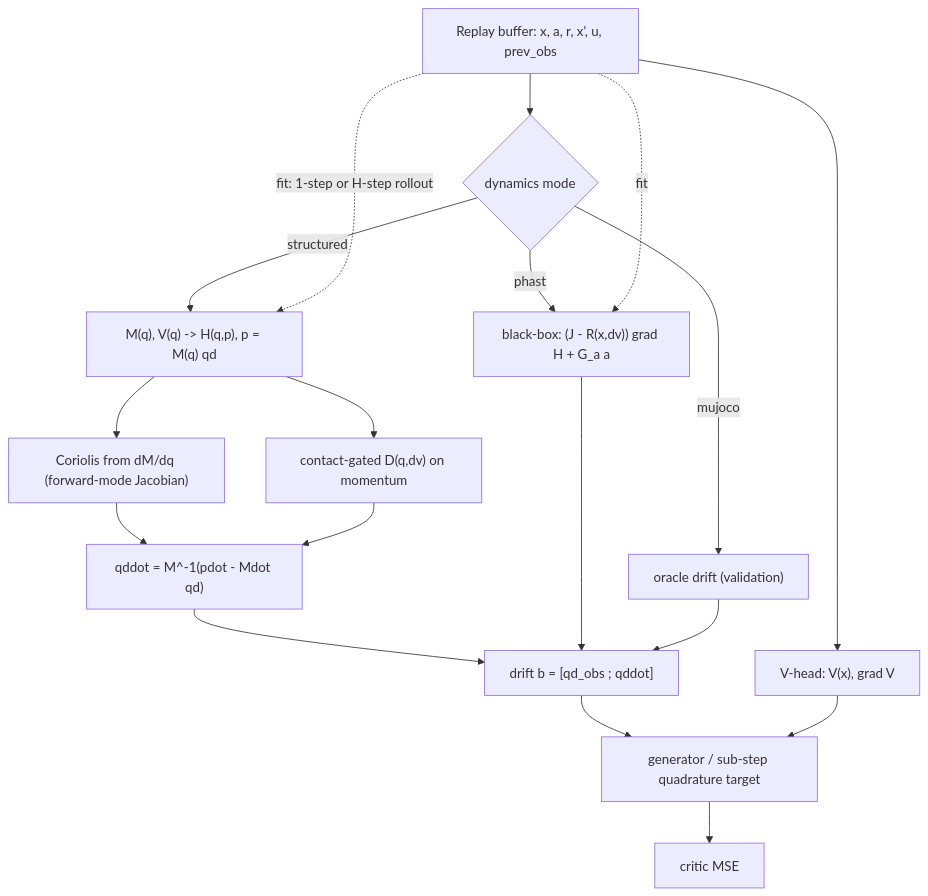
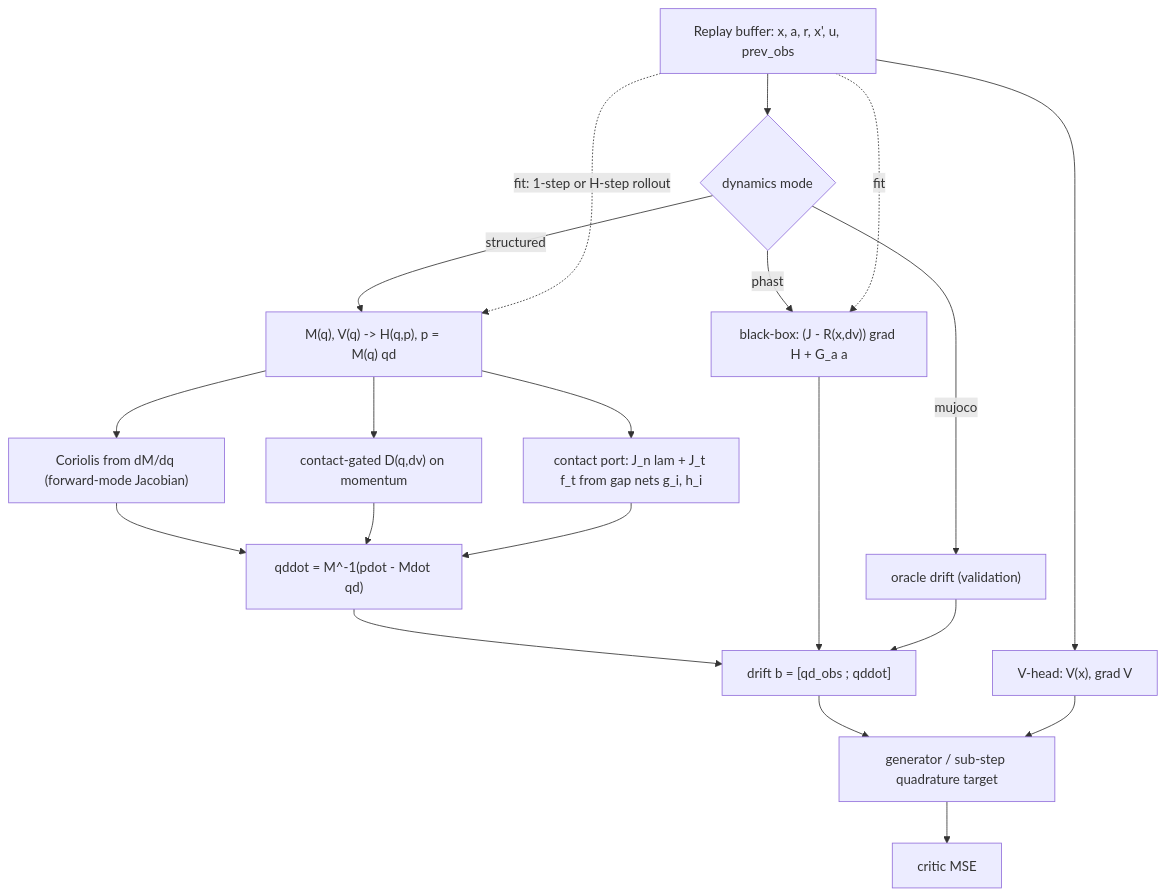
The diagram in docs/structured_dynamics_model.md (sebale16/ct-rl), drawn with Mermaid before and after one commit. The commit also changed other lines of this file and 4 other files, not shown here.

````diff
--- a/docs/structured_dynamics_model.md
+++ b/docs/structured_dynamics_model.md
@@ -165,20 +196,22 @@
 ```mermaid
 flowchart TD
     RB["Replay buffer: x, a, r, x', u, prev_obs"] --> CR["V-head: V(x), grad V"]
     RB --> DR{"dynamics mode"}
     DR -->|"mujoco"| OR["oracle drift (validation)"]
     DR -->|"phast"| BB["black-box: (J - R(x,dv)) grad H + G_a a"]
     DR -->|"structured"| ST["M(q), V(q) -> H(q,p), p = M(q) qd"]
     ST --> COR["Coriolis from dM/dq (forward-mode Jacobian)"]
     ST --> DMP["contact-gated D(q,dv) on momentum"]
+    ST --> CFP["contact port: J_n lam + J_t f_t from gap nets g_i, h_i"]
     COR --> QD["qddot = M^-1(pdot - Mdot qd)"]
     DMP --> QD
+    CFP --> QD
     QD --> BD["drift b = [qd_obs ; qddot]"]
     BB --> BD
     OR --> BD
     BD --> GEN["generator / sub-step quadrature target"]
     CR --> GEN
     GEN --> LOSS["critic MSE"]
     RB -.fit: 1-step or H-step rollout.-> ST
     RB -.fit.-> BB
 ```
````
